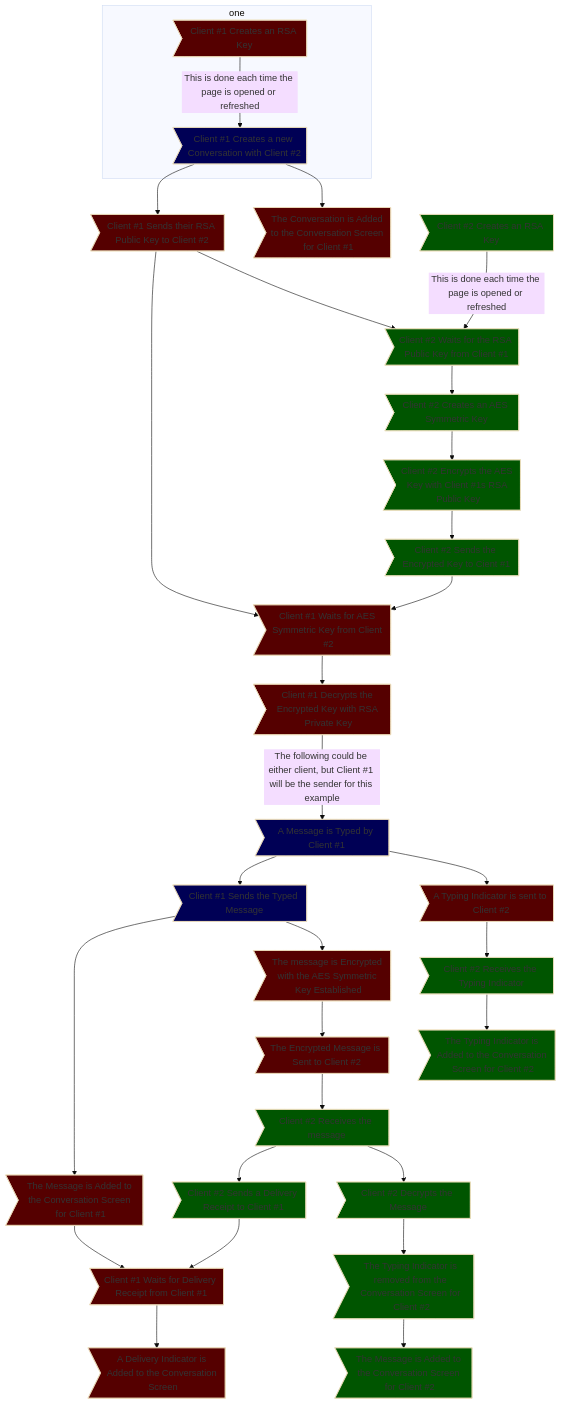
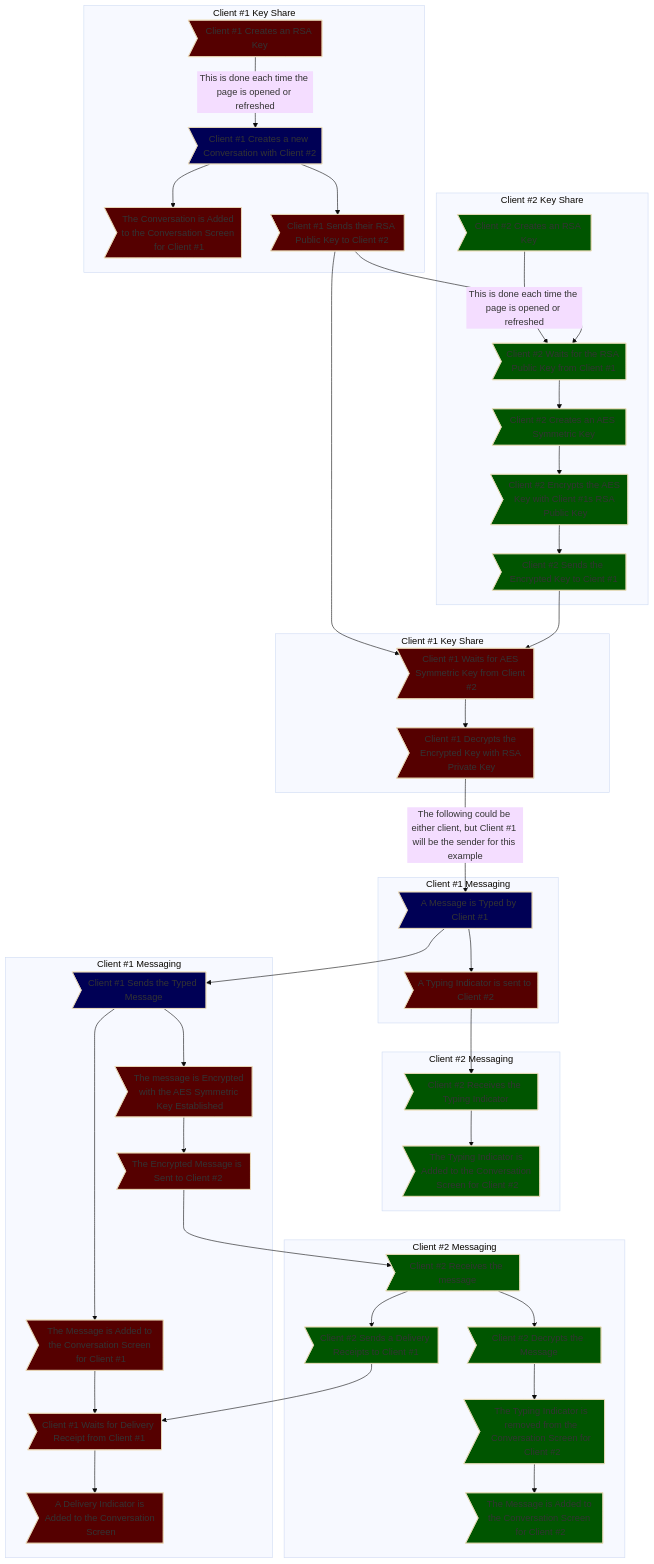
Before and after one commit to xXCrash2BomberXx/TinyChat: the diagram in README.md, drawn with Mermaid (base theme).

````diff
--- a/README.md
+++ b/README.md
@@ -95,39 +95,51 @@
 ```mermaid
 graph TB;
-  subgraph one
+  subgraph "Client #1 Key Share"
   A>Client #1 Creates an RSA Key] --> |This is done each time the page is opened or refreshed| B>Client #1 Creates a new Conversation with Client #2];
-  end
   B --> D>The Conversation is Added to the Conversation Screen for Client #1];
   B --> E>Client #1 Sends their RSA Public Key to Client #2];
+  end
+  subgraph "Client #2 Key Share"
   F>Client #2 Creates an RSA Key] --> |This is done each time the page is opened or refreshed| G>Client #2 Waits for the RSA Public Key from Client #1];
   E --> G;
   G --> H>Client #2 Creates an AES Symmetric Key];
   H -->I>Client #2 Encrypts the AES Key with Client #1s RSA Public Key];
   I -->J>Client #2 Sends the Encrypted Key to Cient #1];
+  end
+  subgraph "Client #1 Key Share"
   E --> K>Client #1 Waits for AES Symmetric Key from Client #2];
   J --> K;
   K --> L>Client #1 Decrypts the Encrypted Key with RSA Private Key];
+  end
   L --> |The following could be either client, but Client #1 will be the sender for this example| M>A Message is Typed by Client #1];
+  subgraph "Client #1 Messaging"
   M --> W>A Typing Indicator is sent to Client #2];
+  end
+  subgraph "Client #2 Messaging"
   W --> X>Client #2 Receives the Typing Indicator];
   X --> Y>The Typing Indicator is Added to the Conversation Screen for Client #2];
+  end
+  subgraph "Client #1 Messaging"
   M --> Z>Client #1 Sends the Typed Message];
   Z --> N>The message is Encrypted with the AES Symmetric Key Established];
   N --> O>The Encrypted Message is Sent to Client #2];
   Z --> Q>The Message is Added to the Conversation Screen for Client #1];
   Q --> R>Client #1 Waits for Delivery Receipt from Client #1];
   R --> V>A Delivery Indicator is Added to the Conversation Screen];
+  end
+  subgraph "Client #2 Messaging"
   O --> P>Client #2 Receives the message];
   P --> S>Client #2 Decrypts the Message];
   S --> C>The Typing Indicator is removed from the Conversation Screen for Client #2];
   C --> T>The Message is Added to the Conversation Screen for Client #2];
-  P --> U>Client #2 Sends a Delivery Receipt to Client #1];
+  P --> U>Client #2 Sends a Delivery Receipts to Client #1];
   U --> R;
+  end
 
   classDef c1 fill:#500
   classDef c2 fill:#050
   classDef user fill:#005
   class A,C,D,E,K,L,M,N,O,Q,R,V,W c1;
   class F,G,H,I,J,P,S,T,U,X,Y,C c2;
   class B,M,Z user;
 ```
````
